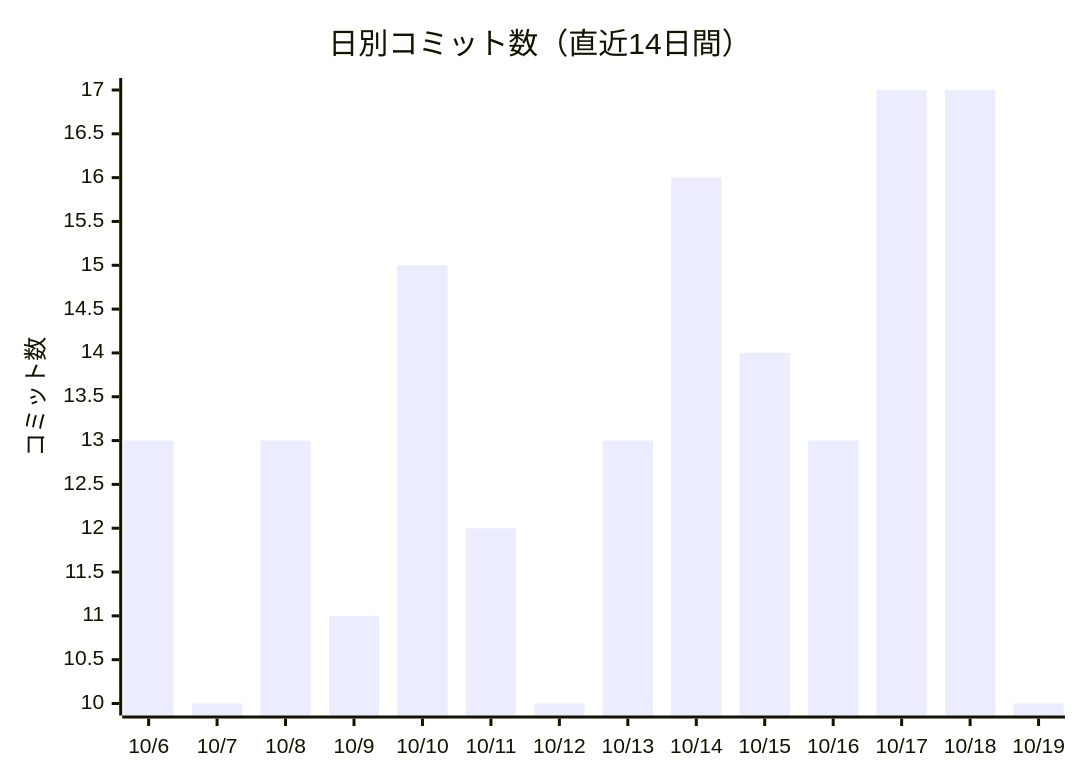
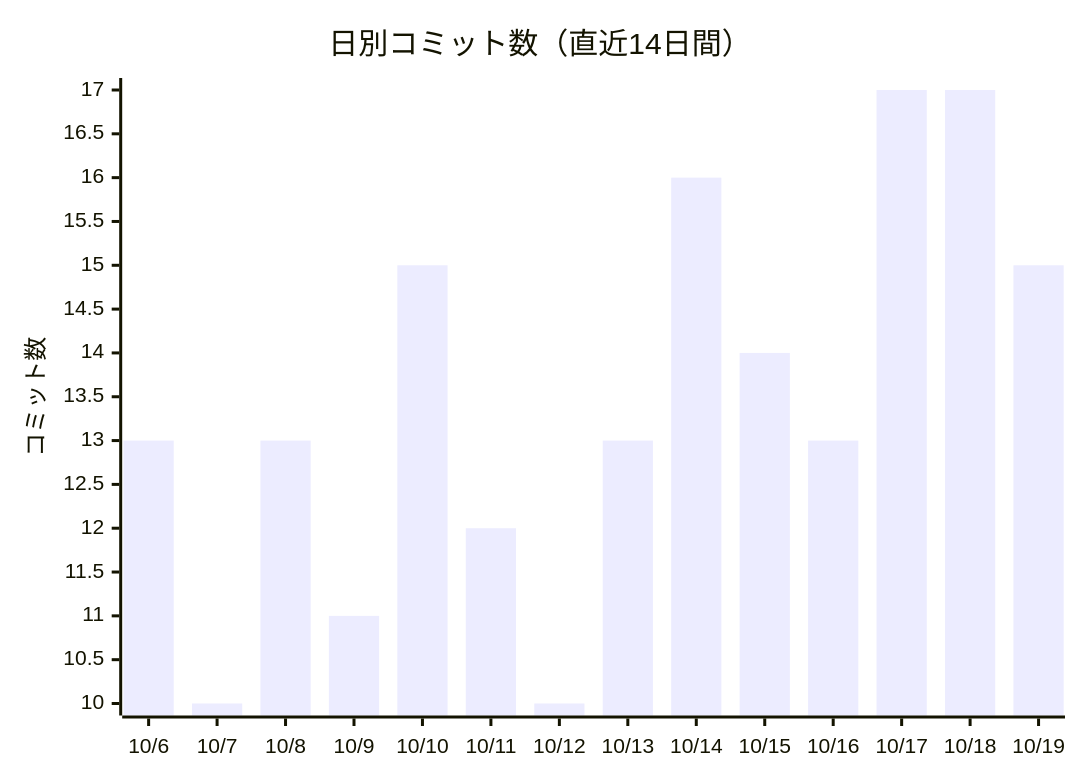
One commit to non-x2/non-x2 changed the first of 2 diagrams in docs/進化レポート.md. Above: the diagram before and after it, drawn with Mermaid. The commit also changed other lines of this file and 3 other files, not shown here.

````diff
--- a/docs/進化レポート.md
+++ b/docs/進化レポート.md
@@ -23,7 +23,7 @@
 ```mermaid
 xychart-beta
     title "日別コミット数（直近14日間）"
     x-axis ["10/6", "10/7", "10/8", "10/9", "10/10", "10/11", "10/12", "10/13", "10/14", "10/15", "10/16", "10/17", "10/18", "10/19"]
     y-axis "コミット数"
-    bar [13, 10, 13, 11, 15, 12, 10, 13, 16, 14, 13, 17, 17, 10]
+    bar [13, 10, 13, 11, 15, 12, 10, 13, 16, 14, 13, 17, 17, 15]
 ```
````
